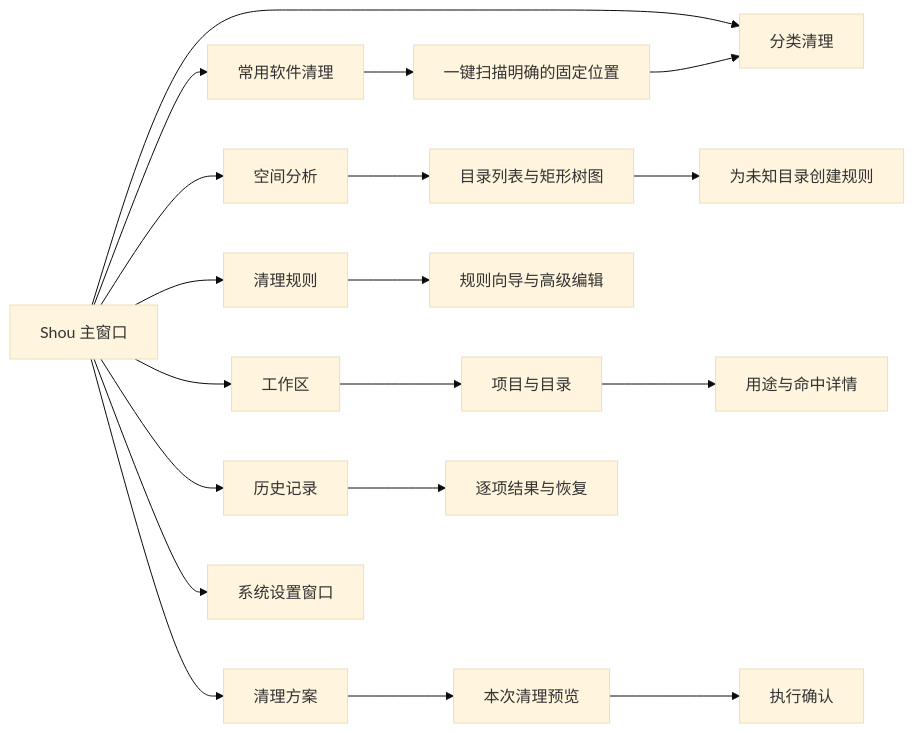
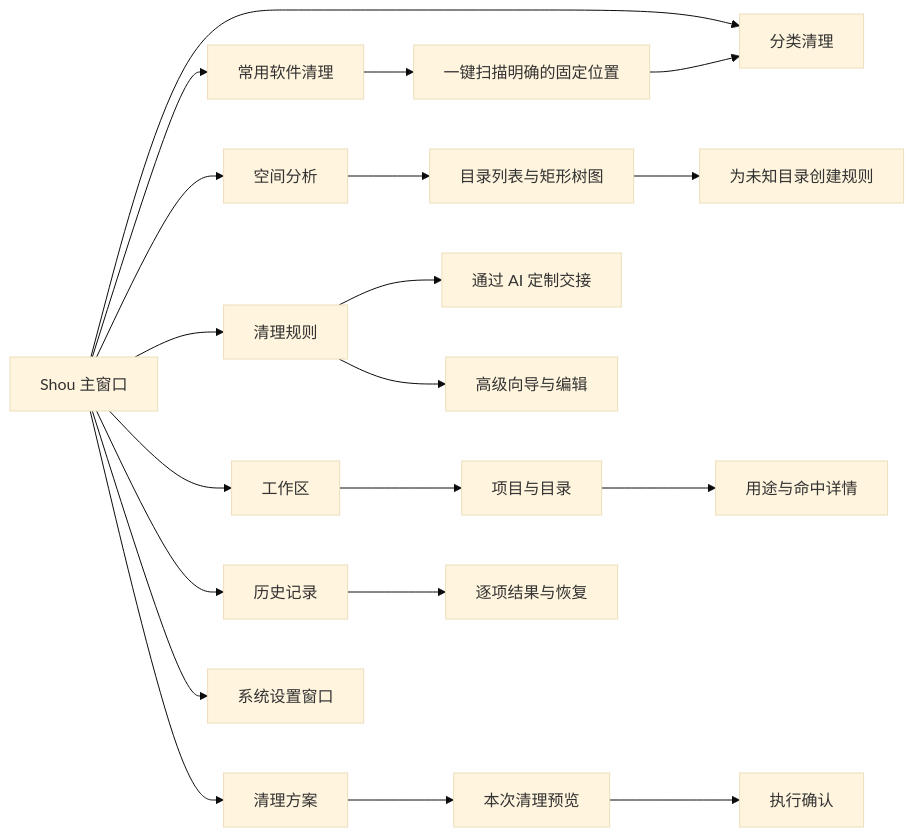
The first of 2 diagrams in docs/zh-CN/product/macos-experience.md (limecloud/shou), drawn with Mermaid (base theme) before and after one commit. The commit also changed other lines of this file and 99 other files, not shown here.

````diff
--- a/docs/zh-CN/product/macos-experience.md
+++ b/docs/zh-CN/product/macos-experience.md
@@ -15,21 +20,22 @@
 ```mermaid
 flowchart LR
     App[Shou 主窗口] --> Overview[分类清理]
     App --> Common[常用软件清理]
     Common --> Inventory[一键扫描明确的固定位置]
     Inventory --> Overview
     App --> Analysis[空间分析]
     Analysis --> Browse[目录列表与矩形树图]
     Browse --> Draft[为未知目录创建规则]
     App --> Workspaces[工作区]
     App --> Rules[清理规则]
     App --> Plans[清理方案]
     App --> History[历史记录]
     Workspaces --> Projects[项目与目录]
     Projects --> Inspector[用途与命中详情]
-    Rules --> Editor[规则向导与高级编辑]
+    Rules --> Agent[通过 AI 定制交接]
+    Rules --> Editor[高级向导与编辑]
     Plans --> Preview[本次清理预览]
     Preview --> Confirmation[执行确认]
     History --> Receipt[逐项结果与恢复]
     App --> Settings[系统设置窗口]
 ```
````
